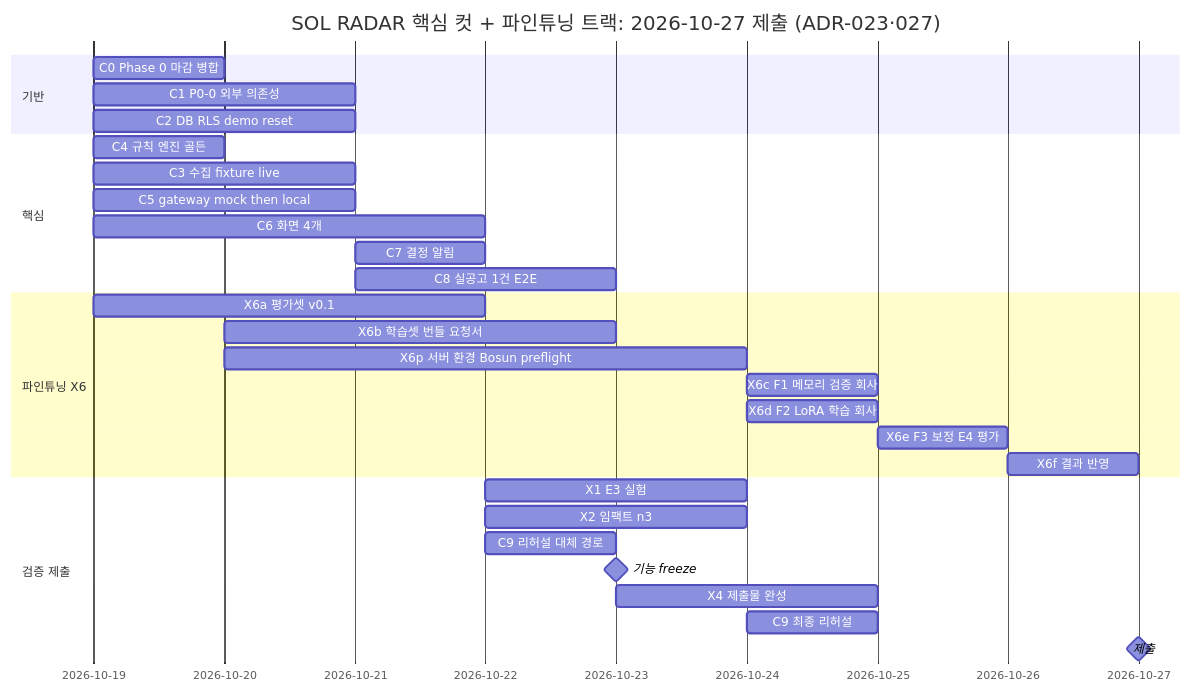
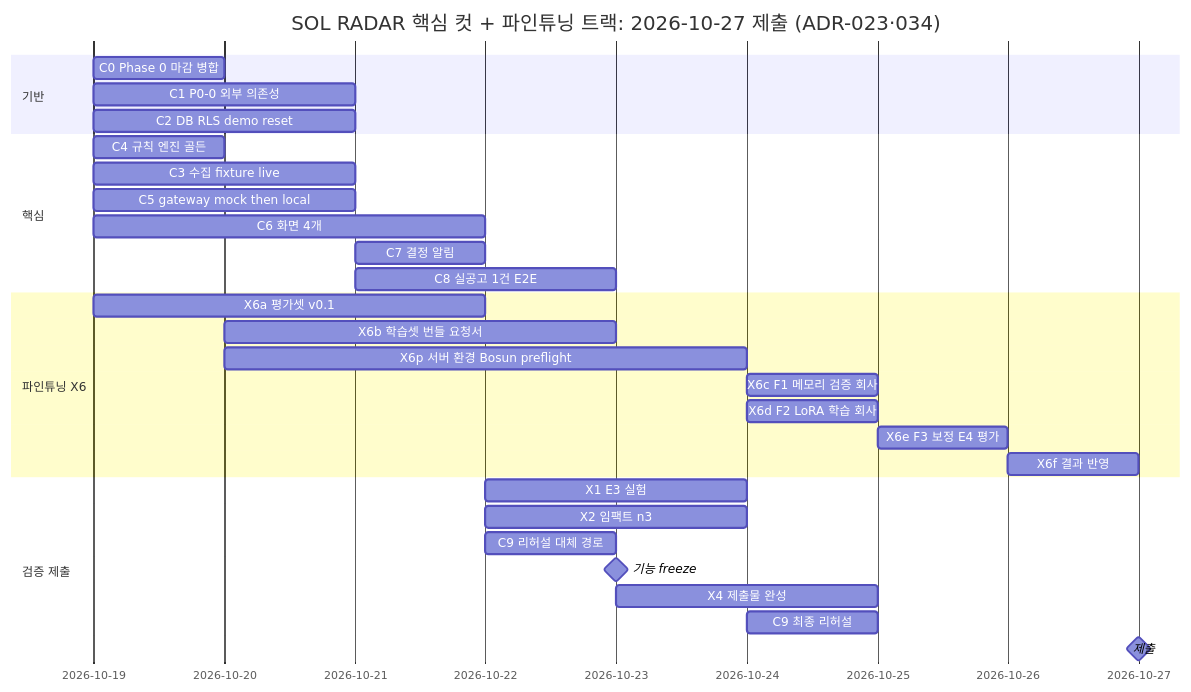
Before and after one commit to solideoai/sol-radar: the diagram in docs/12-ROADMAP.md, drawn with Mermaid. The commit also changed other lines of this file and 7 other files, not shown here.

````diff
--- a/docs/12-ROADMAP.md
+++ b/docs/12-ROADMAP.md
@@ -123,32 +123,32 @@
 ```mermaid
 gantt
- title SOL RADAR 핵심 컷 + 파인튜닝 트랙: 2026-10-27 제출 (ADR-023·027)
+ title SOL RADAR 핵심 컷 + 파인튜닝 트랙: 2026-10-27 제출 (ADR-023·034)
  dateFormat YYYY-MM-DD
  section 기반
  C0 Phase 0 마감 병합 :c0, 2026-10-19, 1d
  C1 P0-0 외부 의존성 :c1, 2026-10-19, 2d
  C2 DB RLS demo reset :c2, 2026-10-19, 2d
  section 핵심
  C4 규칙 엔진 골든 :c4, 2026-10-19, 1d
  C3 수집 fixture live :c3, 2026-10-19, 2d
  C5 gateway mock then local :c5, 2026-10-19, 2d
  C6 화면 4개 :c6, 2026-10-19, 3d
  C7 결정 알림 :c7, 2026-10-21, 1d
  C8 실공고 1건 E2E :c8, 2026-10-21, 2d
  section 파인튜닝 X6
  X6a 평가셋 v0.1 :x6a, 2026-10-19, 3d
  X6b 학습셋 번들 요청서 :x6b, 2026-10-20, 3d
  X6p 서버 환경 Bosun preflight :x6p, 2026-10-20, 4d
  X6c F1 메모리 검증 회사 :x6c, 2026-10-24, 1d
  X6d F2 LoRA 학습 회사 :x6d, 2026-10-24, 1d
  X6e F3 보정 E4 평가 :x6e, 2026-10-25, 1d
  X6f 결과 반영 :x6f, 2026-10-26, 1d
  section 검증 제출
  X1 E3 실험 :x1, 2026-10-22, 2d
  X2 임팩트 n3 :x2, 2026-10-22, 2d
  C9 리허설 대체 경로 :c9, 2026-10-22, 1d
  기능 freeze :milestone, mf, 2026-10-23, 0d
  X4 제출물 완성 :x4, 2026-10-23, 2d
  C9 최종 리허설 :c9b, 2026-10-24, 1d
  제출 :milestone, ms, 2026-10-27, 0d
 ```
````
